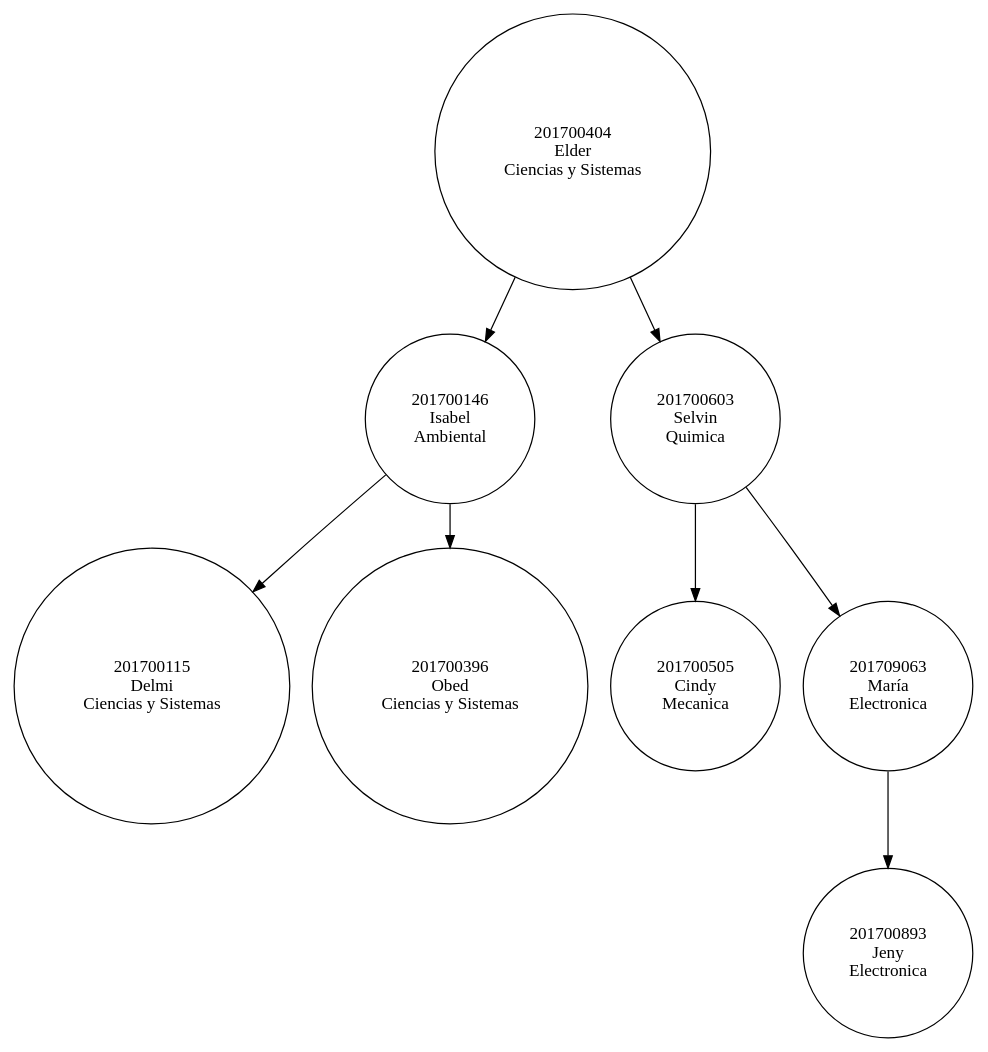
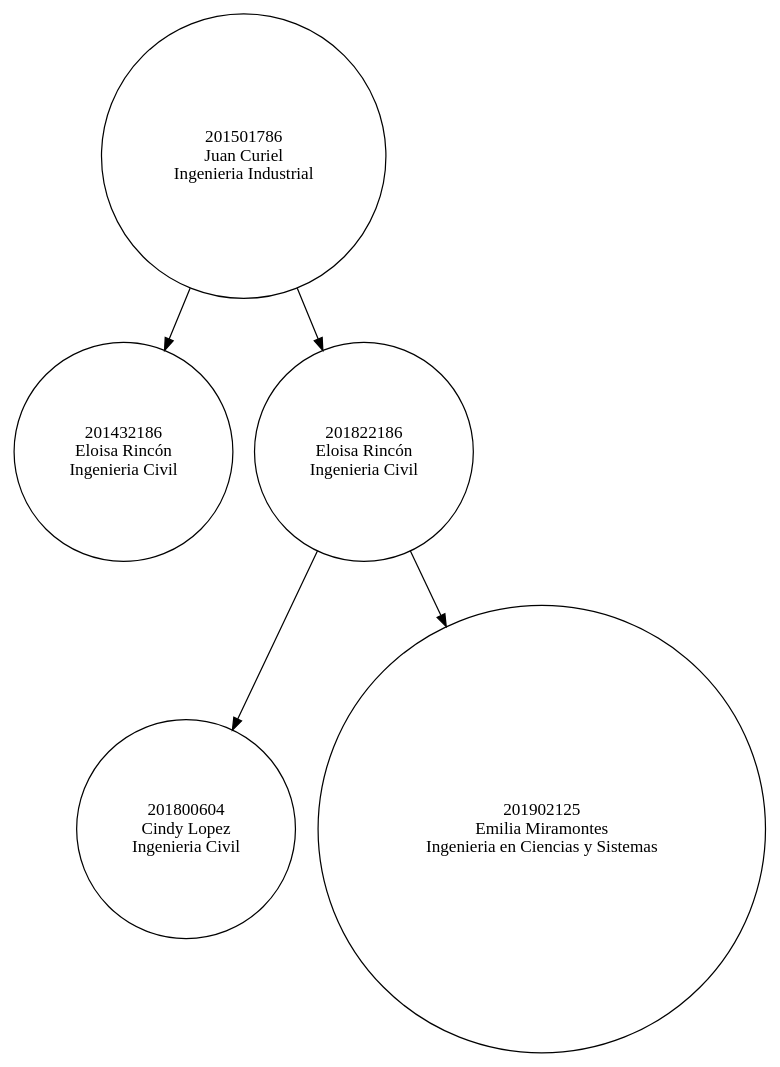
One commit to Elder2296/EDD_SmartClass_201700404 changed the diagram in Fase2/avl.dot. Above: the diagram before and after it, drawn with Graphviz. The commit also changed 25 other files, not shown here.

```diff
--- a/Fase2/avl.dot
+++ b/Fase2/avl.dot
@@ -1,18 +1,12 @@
 digraph AVL{
-node [shape = circle label = "201700115\nDelmi\nCiencias y Sistemas"] 201700115
-node [shape = circle label = "201700146\nIsabel\nAmbiental"] 201700146
-node [shape = circle label = "201700396\nObed\nCiencias y Sistemas"] 201700396
-node [shape = circle label = "201700404\nElder\nCiencias y Sistemas"] 201700404
-node [shape = circle label = "201700505\nCindy\nMecanica"] 201700505
-node [shape = circle label = "201700603\nSelvin\nQuimica"] 201700603
-node [shape = circle label = "201700893\nJeny\nElectronica"] 201700893
-node [shape = circle label = "201709063\nMaría\nElectronica"] 201709063
-201700404 -> 201700146 
-201700146 -> 201700115 
-201700146 -> 201700396 
-201700404 -> 201700603 
-201700603 -> 201700505 
-201700603 -> 201709063 
-201709063 -> 201700893 
+node [shape = circle label = "201432186\nEloisa Rincón\nIngenieria Civil"] 201432186
+node [shape = circle label = "201501786\nJuan Curiel\nIngenieria Industrial"] 201501786
+node [shape = circle label = "201800604\nCindy Lopez\nIngenieria Civil"] 201800604
+node [shape = circle label = "201822186\nEloisa Rincón\nIngenieria Civil"] 201822186
+node [shape = circle label = "201902125\nEmilia Miramontes\nIngenieria en Ciencias y Sistemas"] 201902125
+201501786 -> 201432186 
+201501786 -> 201822186 
+201822186 -> 201800604 
+201822186 -> 201902125 
 
 }
```
